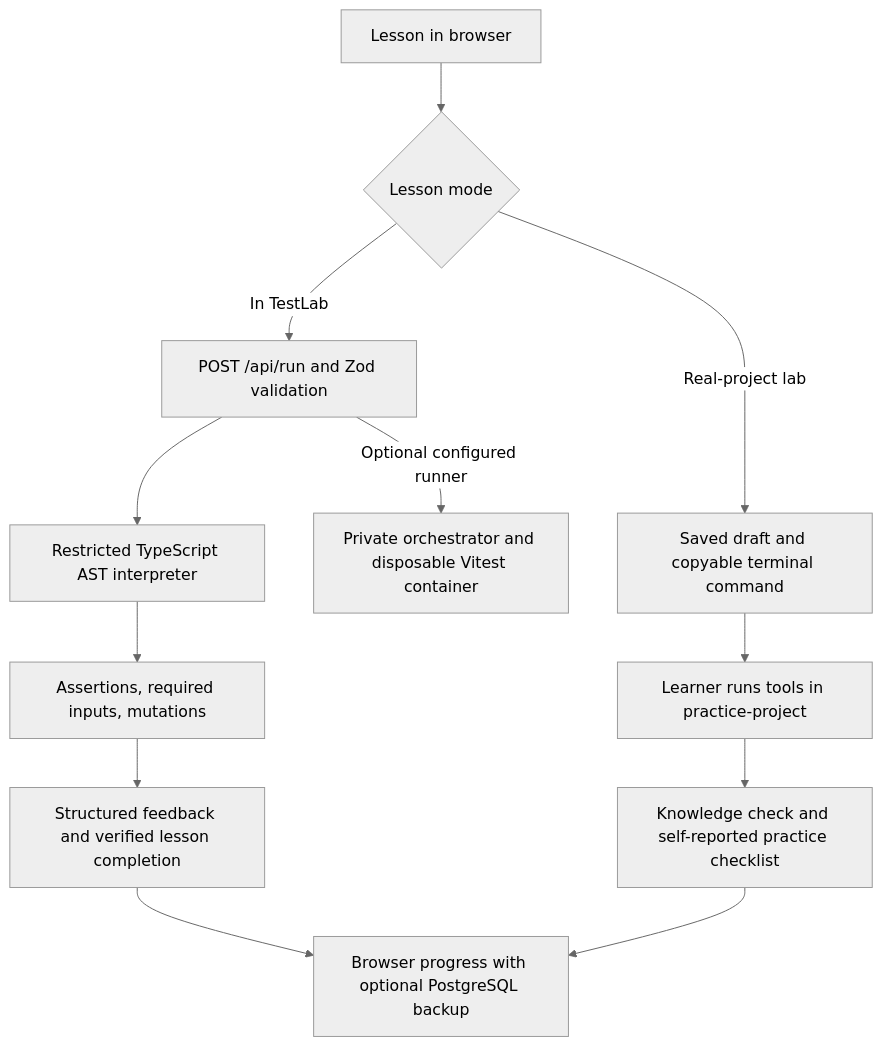
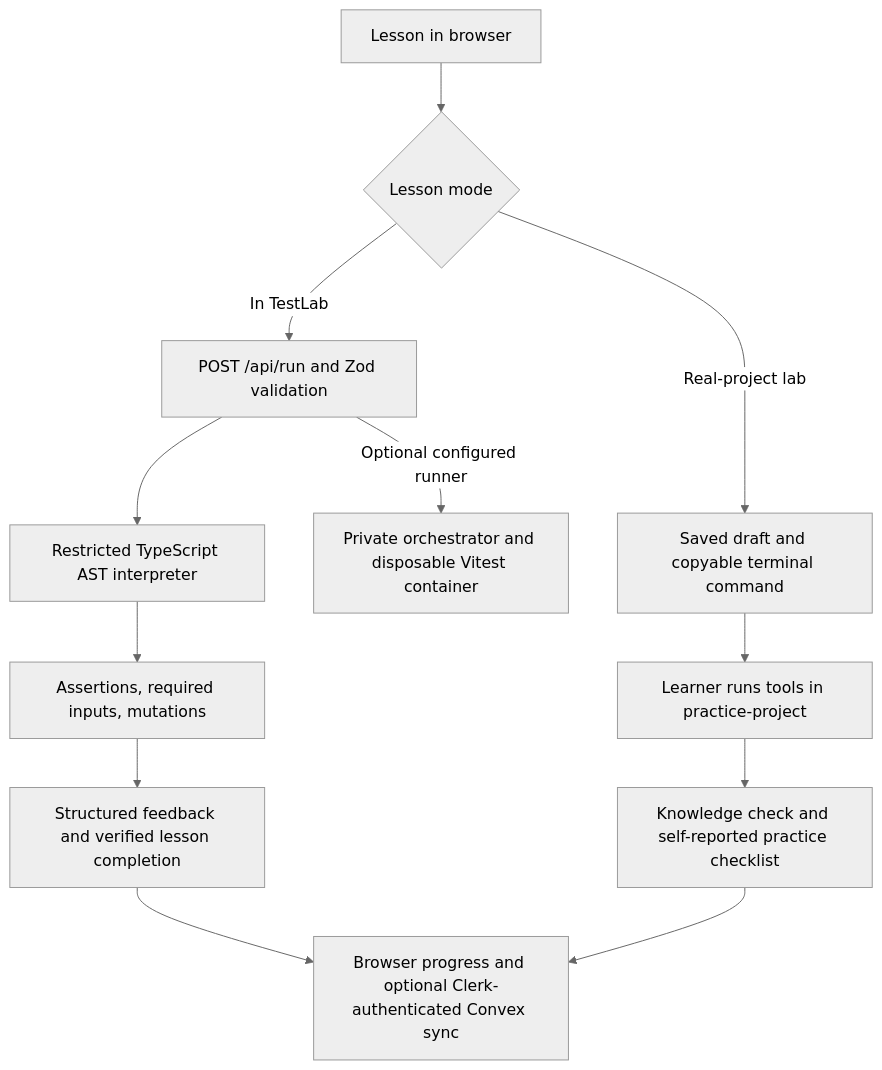
The diagram in docs/architecture.md (aalampatil/test-lab), drawn with Mermaid (neutral theme) before and after one commit. The commit also changed other lines of this file and 9 other files, not shown here.

Commit message:
docs: document Clerk and Convex setup and verification

````diff
--- a/docs/architecture.md
+++ b/docs/architecture.md
@@ -5,14 +5,14 @@
 ```mermaid
 flowchart TD
   A[Lesson in browser] --> B{Lesson mode}
   B -->|In TestLab| C[POST /api/run and Zod validation]
   C --> D[Restricted TypeScript AST interpreter]
   D --> E[Assertions, required inputs, mutations]
   E --> F[Structured feedback and verified lesson completion]
   C -->|Optional configured runner| G[Private orchestrator and disposable Vitest container]
   B -->|Real-project lab| H[Saved draft and copyable terminal command]
   H --> I[Learner runs tools in practice-project]
   I --> J[Knowledge check and self-reported practice checklist]
-  F --> K[Browser progress with optional PostgreSQL backup]
+  F --> K[Browser progress and optional Clerk-authenticated Convex sync]
   J --> K
 ```
````
